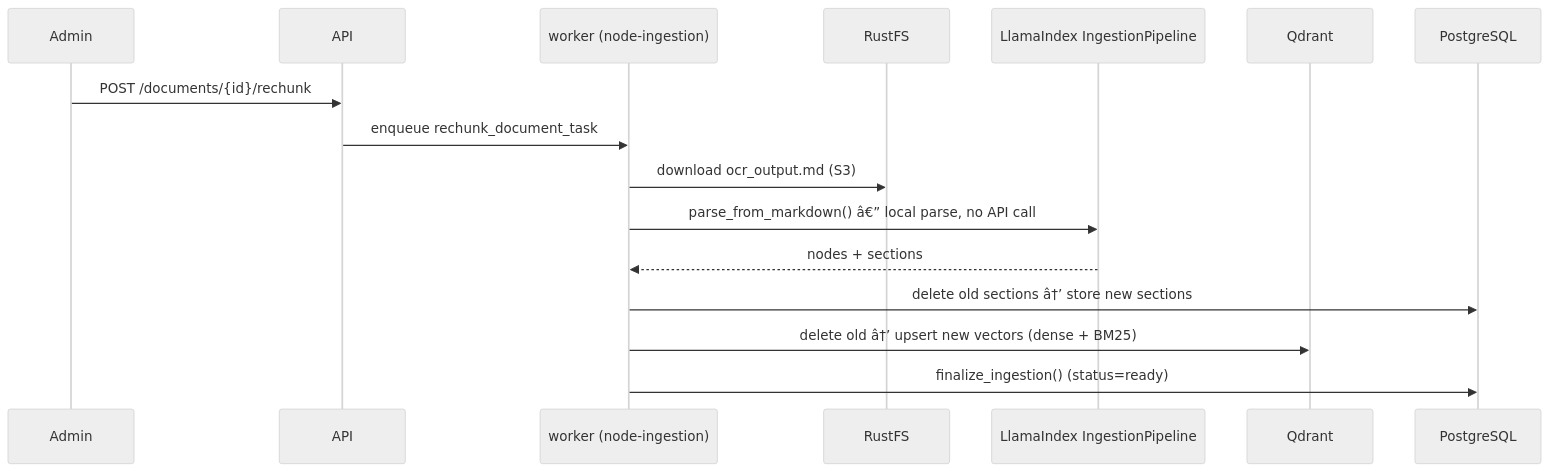
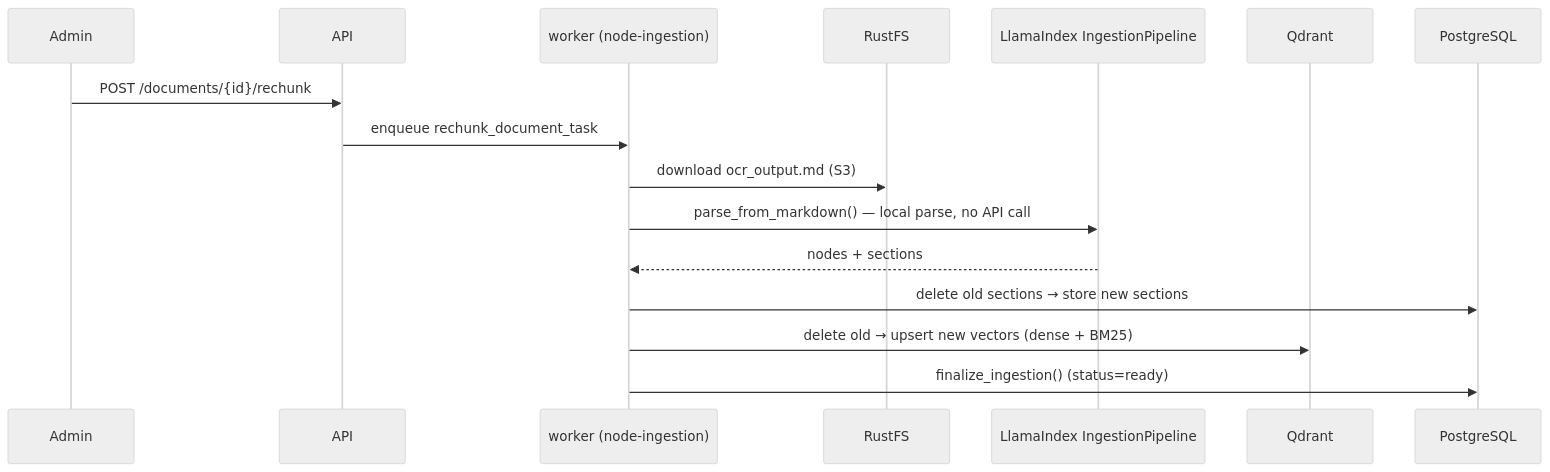
One commit to qtuanph/chatbot-rag changed the second of 2 diagrams in docs/2.1_WORKFLOWS_INGESTION.md. Above: the diagram before and after it, drawn with Mermaid (neutral theme). The commit also changed other lines of this file and 33 other files, not shown here.

Commit message:
fix: stabilize ingestion/chat flows and analytics tracking

````diff
--- a/docs/2.1_WORKFLOWS_INGESTION.md
+++ b/docs/2.1_WORKFLOWS_INGESTION.md
@@ -44,20 +44,20 @@
 ```mermaid
 sequenceDiagram
     participant Admin
     participant API
     participant Worker as worker (node-ingestion)
     participant Storage as RustFS
     participant LiPipeline as LlamaIndex IngestionPipeline
     participant Qdrant
     participant DB as PostgreSQL
 
     Admin->>API: POST /documents/{id}/rechunk
     API->>Worker: enqueue rechunk_document_task
 
     Worker->>Storage: download ocr_output.md (S3)
-    Worker->>LiPipeline: parse_from_markdown() â€” local parse, no API call
+    Worker->>LiPipeline: parse_from_markdown() — local parse, no API call
     LiPipeline-->>Worker: nodes + sections
-    Worker->>DB: delete old sections â†’ store new sections
-    Worker->>Qdrant: delete old â†’ upsert new vectors (dense + BM25)
+    Worker->>DB: delete old sections → store new sections
+    Worker->>Qdrant: delete old → upsert new vectors (dense + BM25)
     Worker->>DB: finalize_ingestion() (status=ready)
 ```
````
